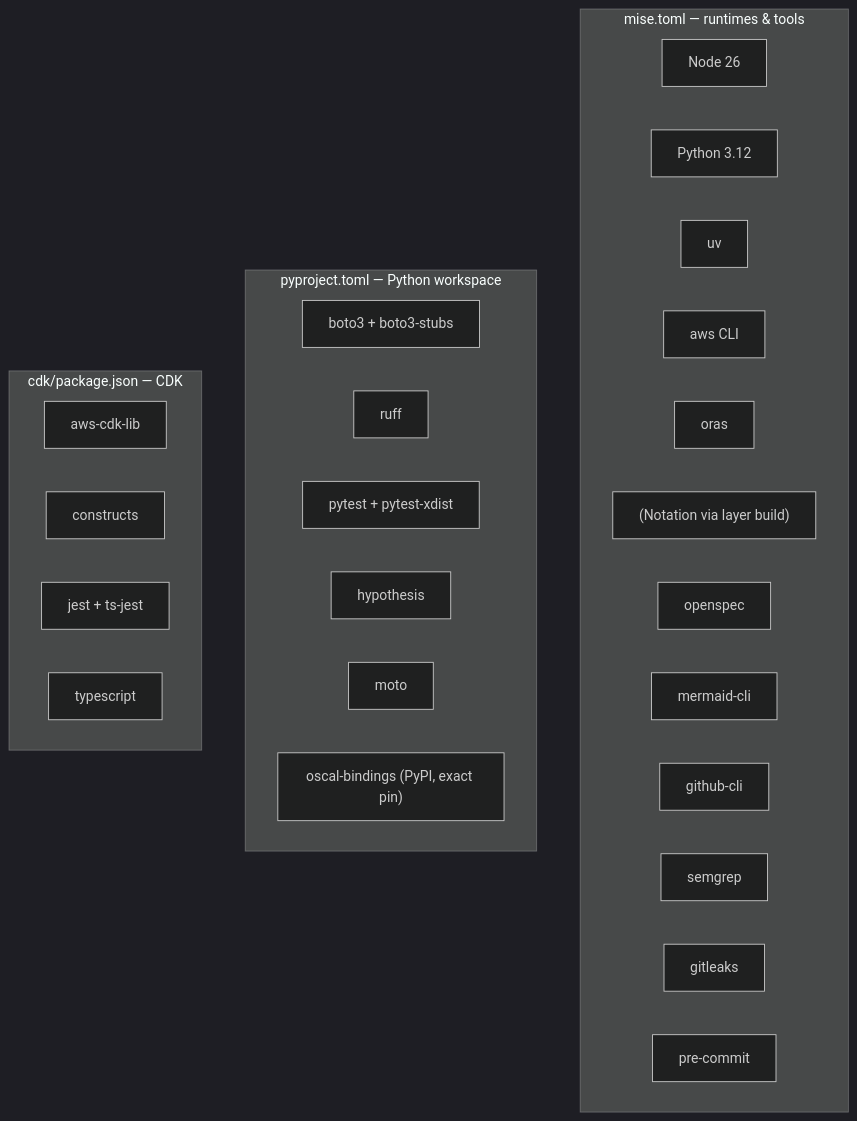
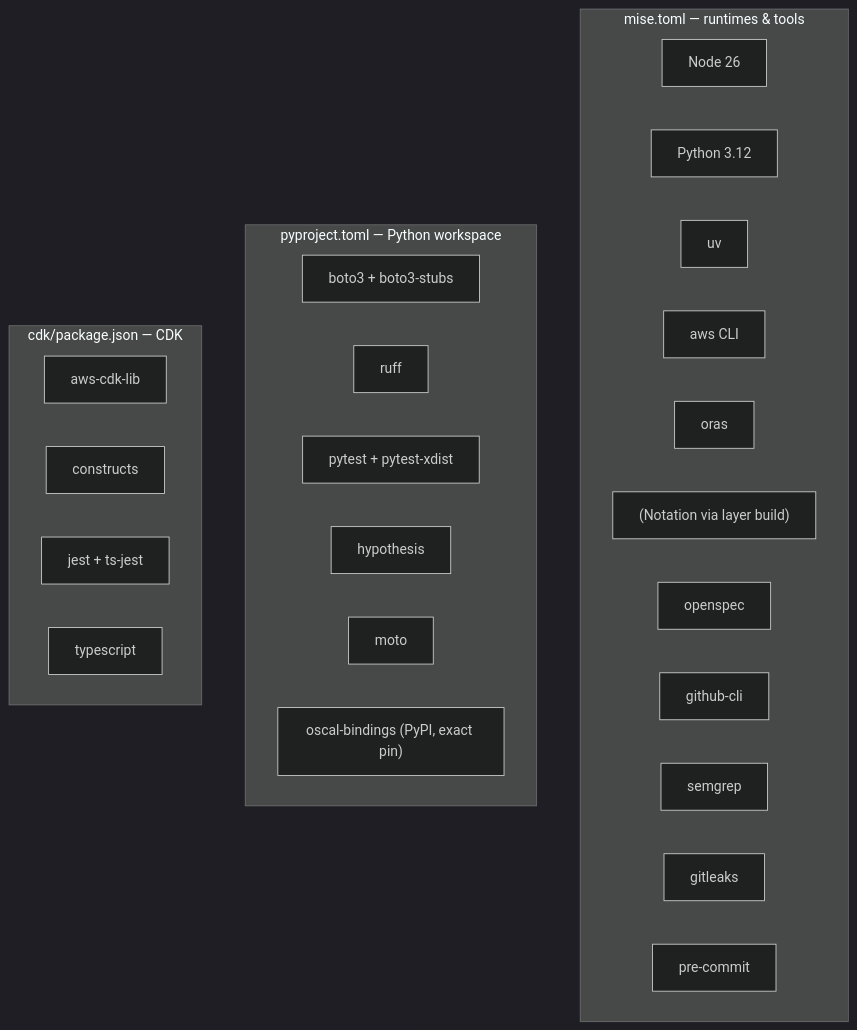
One commit to cairn-proofs/cairn-proofs changed the first of 2 diagrams in docs/summary/dependencies.md. Above: the diagram before and after it, drawn with Mermaid (dark theme). The commit also changed other lines of this file and 22 other files, not shown here.

````diff
--- a/docs/summary/dependencies.md
+++ b/docs/summary/dependencies.md
@@ -10,31 +10,30 @@
 ```mermaid
 graph TB
     subgraph Toolchain["mise.toml — runtimes & tools"]
         NODE["Node 26"]
         PY["Python 3.12"]
         UV["uv"]
         AWSCLI["aws CLI"]
         ORAS["oras"]
         NOT["(Notation via layer build)"]
         OSPEC["openspec"]
-        MMDC["mermaid-cli"]
         GH["github-cli"]
         SG["semgrep"]
         GL["gitleaks"]
         PC["pre-commit"]
     end
     subgraph Python["pyproject.toml — Python workspace"]
         BOTO["boto3 + boto3-stubs"]
         RUFF["ruff"]
         PYTEST["pytest + pytest-xdist"]
         HYP["hypothesis"]
         MOTO["moto"]
         OSCALSDK["oscal-bindings (PyPI, exact pin)"]
     end
     subgraph CDKdeps["cdk/package.json — CDK"]
         CDKLIB["aws-cdk-lib"]
         CONSTRUCTS["constructs"]
         JEST["jest + ts-jest"]
         TS["typescript"]
     end
 ```
````
